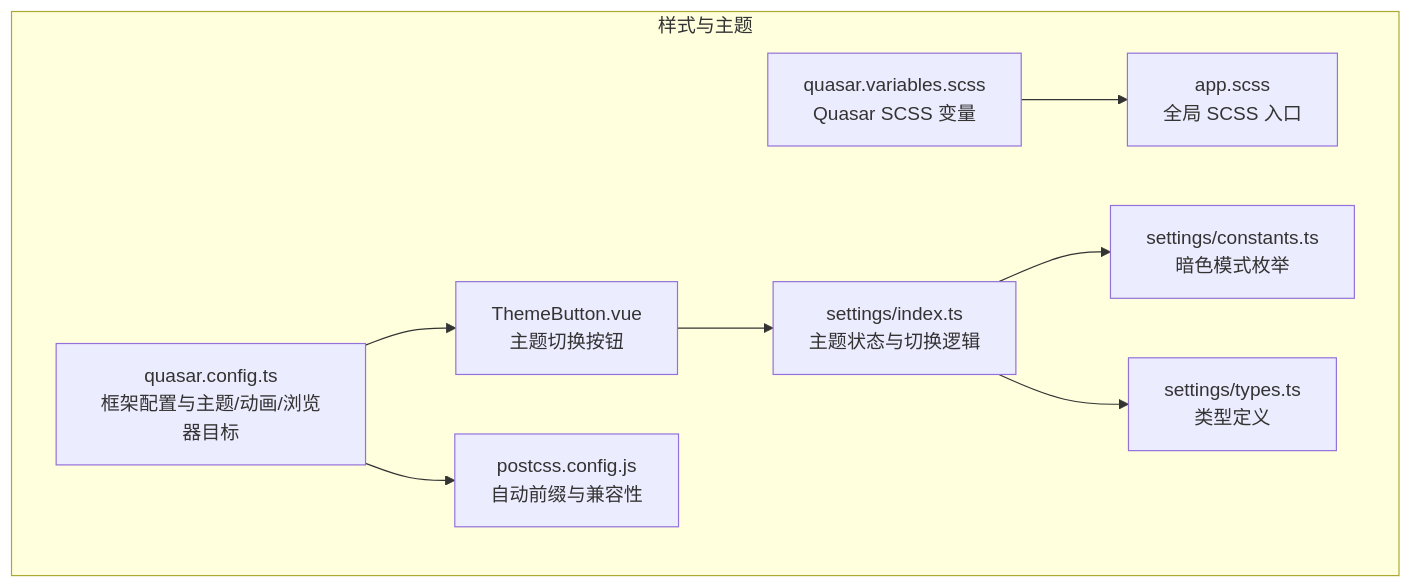
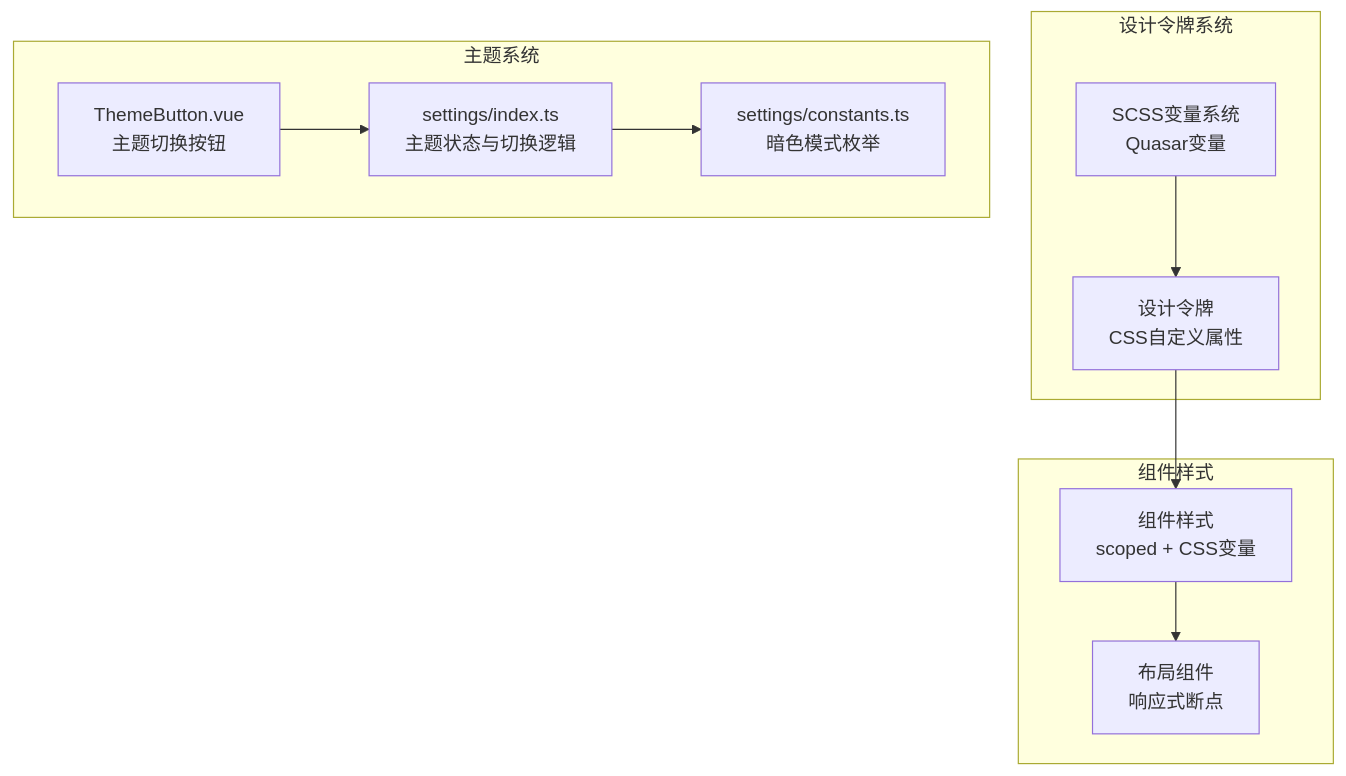
The first of 6 diagrams in .qoder/repowiki/zh/content/样式与主题系统.md (le-bot-team/le-bot-frontend), drawn with Mermaid before and after one commit. The commit also changed other lines of this file and 217 other files, not shown here.

````diff
--- a/.qoder/repowiki/zh/content/样式与主题系统.md
+++ b/.qoder/repowiki/zh/content/样式与主题系统.md
@@ -51,19 +64,21 @@
 ```mermaid
 graph TB
-subgraph "样式与主题"
-QV["quasar.variables.scss<br/>Quasar SCSS 变量"]
-AS["app.scss<br/>全局 SCSS 入口"]
-QC["quasar.config.ts<br/>框架配置与主题/动画/浏览器目标"]
-PB["ThemeButton.vue<br/>主题切换按钮"]
+subgraph "设计令牌系统"
+DT["设计令牌<br/>CSS自定义属性"]
+SCSS["SCSS变量系统<br/>Quasar变量"]
+end
+subgraph "主题系统"
+TB["ThemeButton.vue<br/>主题切换按钮"]
 ST["settings/index.ts<br/>主题状态与切换逻辑"]
 CT["settings/constants.ts<br/>暗色模式枚举"]
-TP["settings/types.ts<br/>类型定义"]
-PC["postcss.config.js<br/>自动前缀与兼容性"]
 end
-QV --> AS
-QC --> PB
-PB --> ST
+subgraph "组件样式"
+COMP["组件样式<br/>scoped + CSS变量"]
+LAYOUT["布局组件<br/>响应式断点"]
+end
+DT --> COMP
+SCSS --> DT
+TB --> ST
 ST --> CT
-ST --> TP
-QC --> PC
+COMP --> LAYOUT
 ```
````
